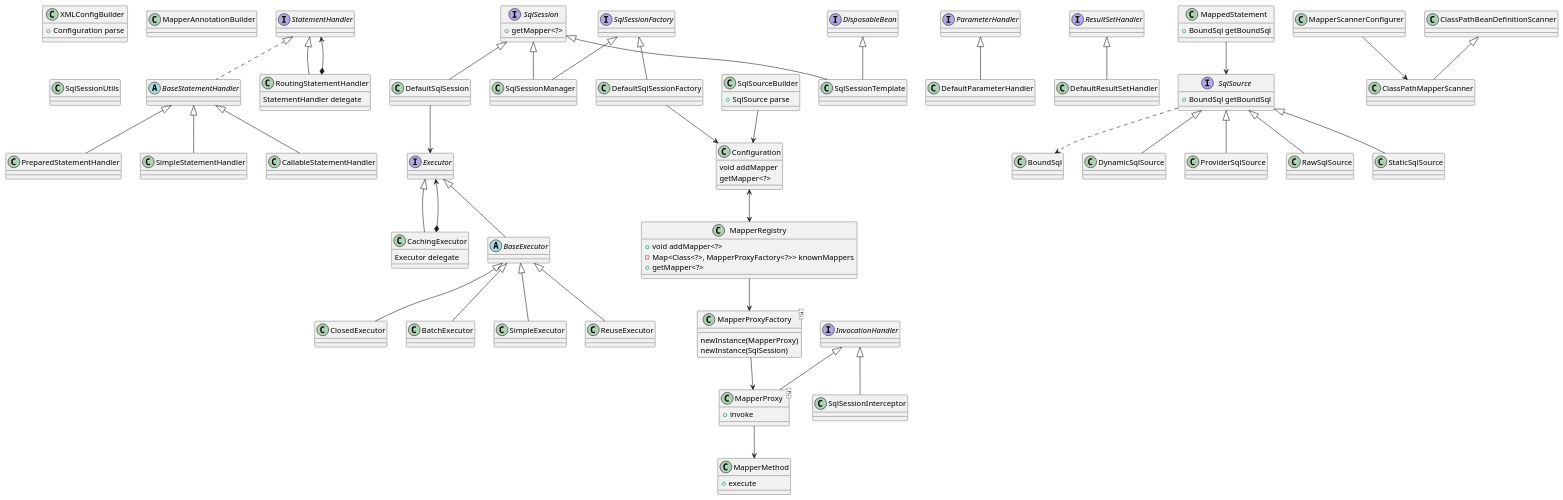
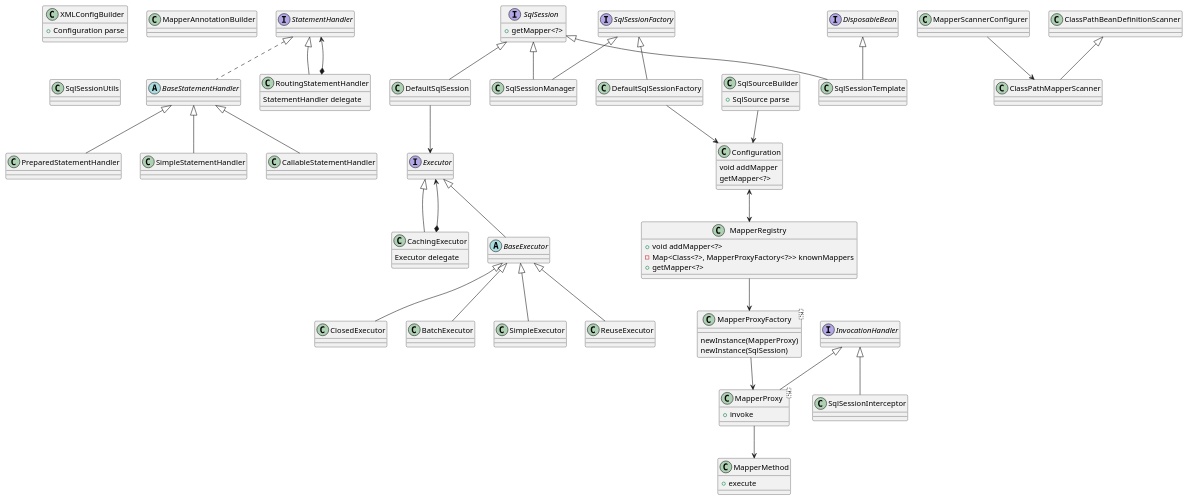
One commit to bobxwang/jvm-commons-func changed the diagram in uml/mybatis/uml-class.puml. Above: the diagram before and after it, drawn with PlantUML. The commit also changed 6 other files, not shown here.

Commit message:
add graphql

```diff
--- a/uml/mybatis/uml-class.puml
+++ b/uml/mybatis/uml-class.puml
@@ -1,122 +1,97 @@
 @startuml
 interface StatementHandler
 abstract class BaseStatementHandler
 class PreparedStatementHandler
 class SimpleStatementHandler
 class CallableStatementHandler
 class RoutingStatementHandler {
 	StatementHandler delegate
 }
 StatementHandler <|.. BaseStatementHandler
 StatementHandler <|-- RoutingStatementHandler
 BaseStatementHandler <|-- PreparedStatementHandler
 BaseStatementHandler <|-- SimpleStatementHandler
 BaseStatementHandler <|-- CallableStatementHandler
 RoutingStatementHandler *--> StatementHandler
 
 interface SqlSession {
 	+ getMapper<?>
 }
 interface SqlSessionFactory
 interface DisposableBean
 class DefaultSqlSession
 class SqlSessionManager
 class SqlSessionTemplate
 class DefaultSqlSessionFactory
 SqlSession <|-- DefaultSqlSession
 SqlSession <|-- SqlSessionManager
 SqlSession <|-- SqlSessionTemplate
 DisposableBean <|-- SqlSessionTemplate
 SqlSessionFactory <|-- DefaultSqlSessionFactory
 SqlSessionFactory <|-- SqlSessionManager
 DefaultSqlSession --> Executor
 DefaultSqlSessionFactory --> Configuration
 
 interface Executor
 abstract class BaseExecutor
 class CachingExecutor {
 	Executor delegate
 }
 class SimpleExecutor
 class ReuseExecutor
 class ClosedExecutor
 class BatchExecutor
 Executor <|-- BaseExecutor
 Executor <|-- CachingExecutor
 CachingExecutor *--> Executor
 BaseExecutor <|-- SimpleExecutor
 BaseExecutor <|-- ReuseExecutor
 BaseExecutor <|-- BatchExecutor
 BaseExecutor <|-- ClosedExecutor
 
-interface ParameterHandler
-interface ResultSetHandler
-class DefaultParameterHandler
-class DefaultResultSetHandler
-ParameterHandler <|-- DefaultParameterHandler
-ResultSetHandler <|-- DefaultResultSetHandler
-
-class MappedStatement {
-	+ BoundSql getBoundSql
-}
-class BoundSql
-interface SqlSource {
-	+ BoundSql getBoundSql
-}
-class DynamicSqlSource
-class ProviderSqlSource
-class RawSqlSource
-class StaticSqlSource
-SqlSource <|-- DynamicSqlSource
-SqlSource <|-- ProviderSqlSource
-SqlSource <|-- RawSqlSource
-SqlSource <|-- StaticSqlSource
-SqlSource ..> BoundSql
-MappedStatement --> SqlSource
-
 class XMLConfigBuilder {
 	+ Configuration parse
 }
 
 class Configuration {
 	void addMapper
 	getMapper<?>
 }
 class MapperRegistry {
 	+ void addMapper<?>
 	- Map<Class<?>, MapperProxyFactory<?>> knownMappers
 	+ getMapper<?>
 }
 class MapperProxyFactory<?>{
 	newInstance(MapperProxy)
 	newInstance(SqlSession)
 }
 interface InvocationHandler
 class MapperProxy<?> {
 	+ invoke
 }
 class SqlSessionInterceptor
 InvocationHandler <|-- SqlSessionInterceptor
 InvocationHandler <|-- MapperProxy
 MapperRegistry --> MapperProxyFactory
 class MapperAnnotationBuilder
 class MapperMethod {
 	+ execute
 }
 
 class SqlSourceBuilder {
 	+ SqlSource parse
 }
 SqlSourceBuilder --> Configuration
 
 MapperProxyFactory --> MapperProxy
 MapperProxy --> MapperMethod
 Configuration <--> MapperRegistry
 class SqlSessionUtils
 class MapperScannerConfigurer
 class ClassPathMapperScanner
 class ClassPathBeanDefinitionScanner
 MapperScannerConfigurer --> ClassPathMapperScanner
 ClassPathBeanDefinitionScanner <|-- ClassPathMapperScanner
 
 @enduml
```
